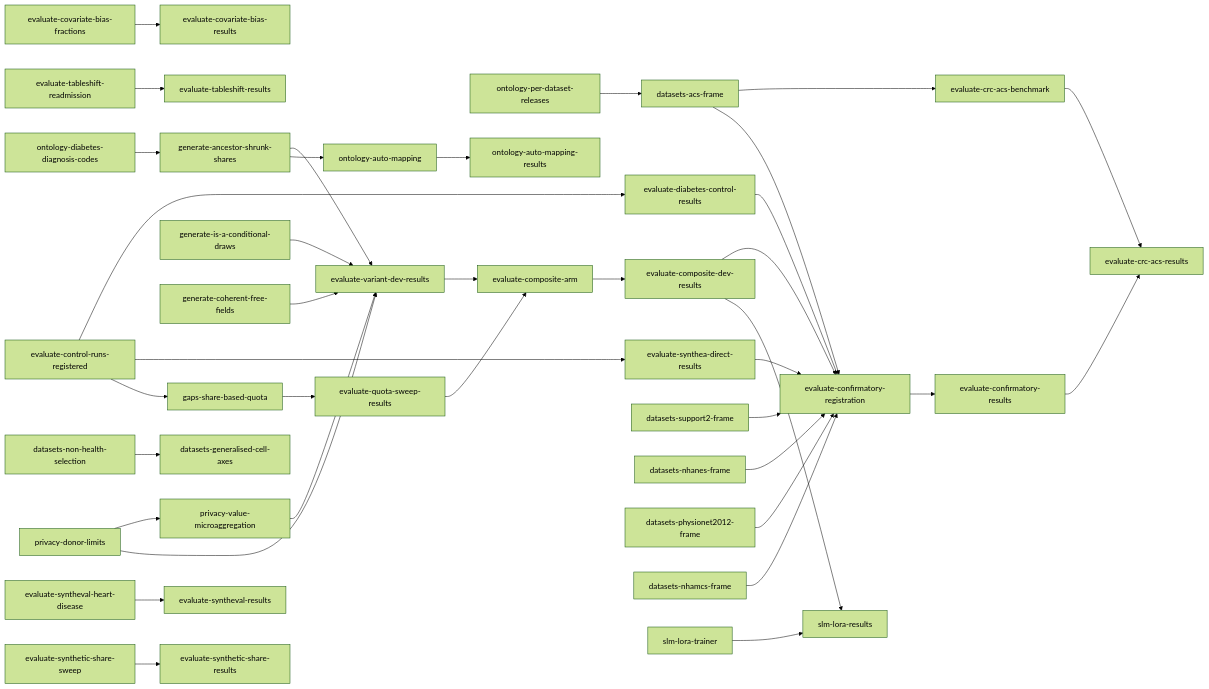
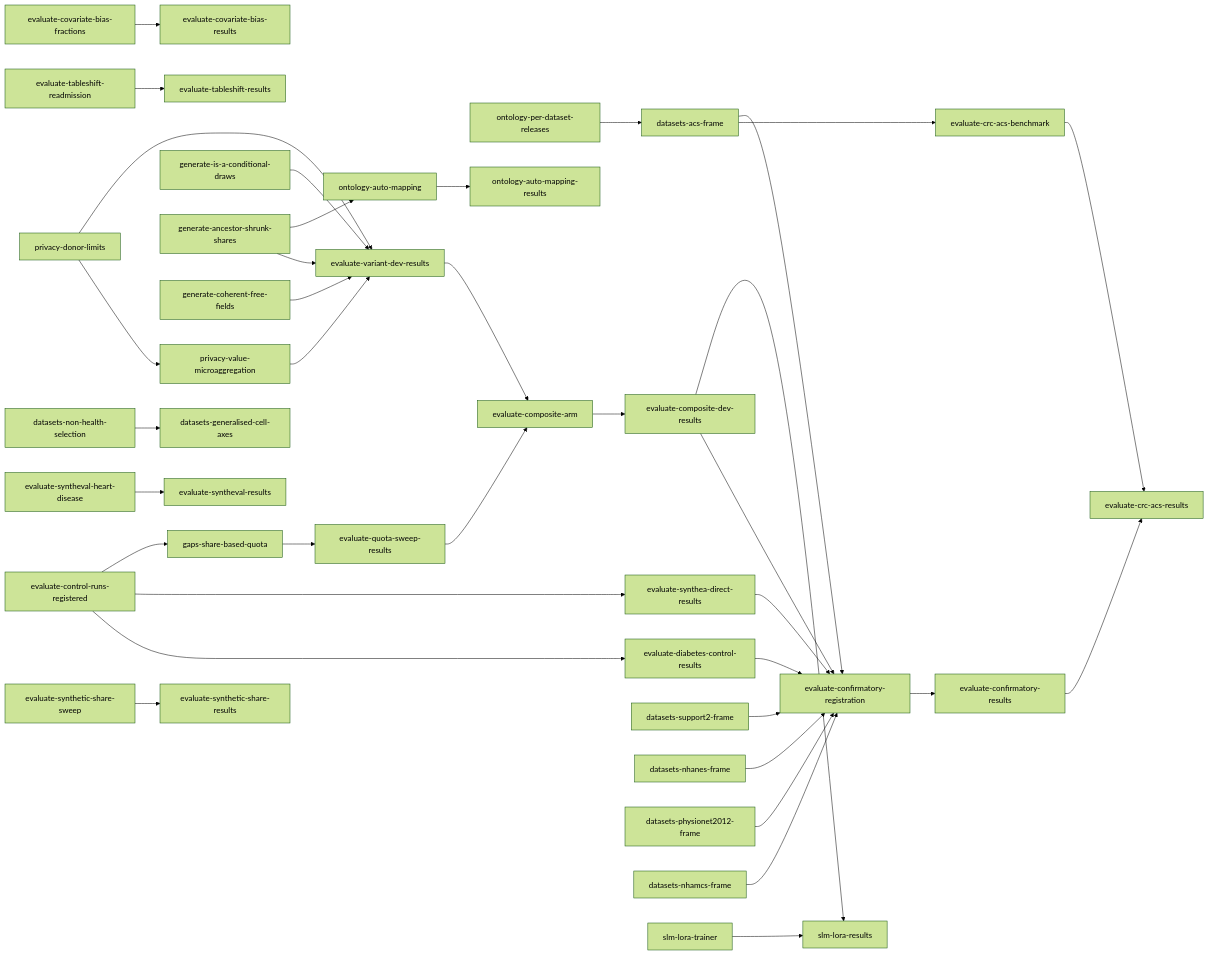
One commit to joe-dartmouth/synthetic changed the diagram in tasks/direct-index.md. Above: the diagram before and after it, drawn with Mermaid (forest theme). The commit also changed other lines of this file and 44 other files, not shown here.

First line of the commit message:
Add the diabetes-codes dataset over exact MONDO ICD-9 maps (#123)

````diff
--- a/tasks/direct-index.md
+++ b/tasks/direct-index.md
@@ -79,39 +78,38 @@
 ```mermaid
 flowchart LR
     u37[evaluate-covariate-bias-fractions] --> u38[evaluate-covariate-bias-results]
     u39[evaluate-tableshift-readmission] --> u40[evaluate-tableshift-results]
     u6[evaluate-control-runs-registered] --> u7[evaluate-diabetes-control-results]
     u6 --> u8[evaluate-synthea-direct-results]
-    u12[ontology-diabetes-diagnosis-codes] --> u13[generate-ancestor-shrunk-shares]
     u15[privacy-donor-limits] --> u16[privacy-value-microaggregation]
     u11[generate-is-a-conditional-draws] --> u19[evaluate-variant-dev-results]
-    u13 --> u19
+    u13[generate-ancestor-shrunk-shares] --> u19
     u15 --> u19
     u16 --> u19
     u17[generate-coherent-free-fields] --> u19
     u6 --> u20[gaps-share-based-quota]
     u20 --> u21[evaluate-quota-sweep-results]
     u24[ontology-per-dataset-releases] --> u27[datasets-acs-frame]
     u27 --> u41[evaluate-crc-acs-benchmark]
     u49[datasets-non-health-selection] --> u50[datasets-generalised-cell-axes]
     u43[evaluate-syntheval-heart-disease] --> u44[evaluate-syntheval-results]
     u19 --> u28[evaluate-composite-arm]
     u21 --> u28
     u28 --> u29[evaluate-composite-dev-results]
     u7 --> u30[evaluate-confirmatory-registration]
     u8 --> u30
     u45[evaluate-synthetic-share-sweep] --> u46[evaluate-synthetic-share-results]
     u25[datasets-support2-frame] --> u30
     u26[datasets-nhanes-frame] --> u30
     u27 --> u30
     u47[datasets-physionet2012-frame] --> u30
     u48[datasets-nhamcs-frame] --> u30
     u29 --> u30
     u30 --> u31[evaluate-confirmatory-results]
     u41 --> u42[evaluate-crc-acs-results]
     u31 --> u42
     u13 --> u32[ontology-auto-mapping]
     u32 --> u33[ontology-auto-mapping-results]
     u29 --> u36[slm-lora-results]
     u35[slm-lora-trainer] --> u36
 ```
````
